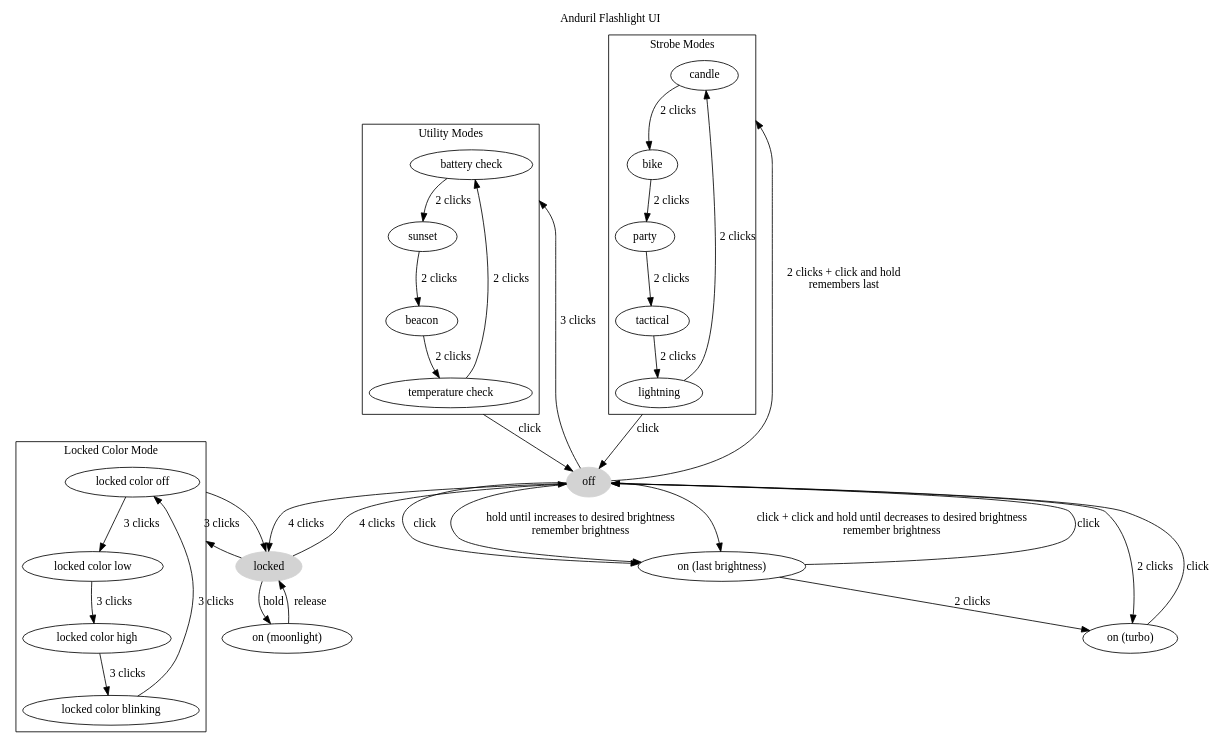
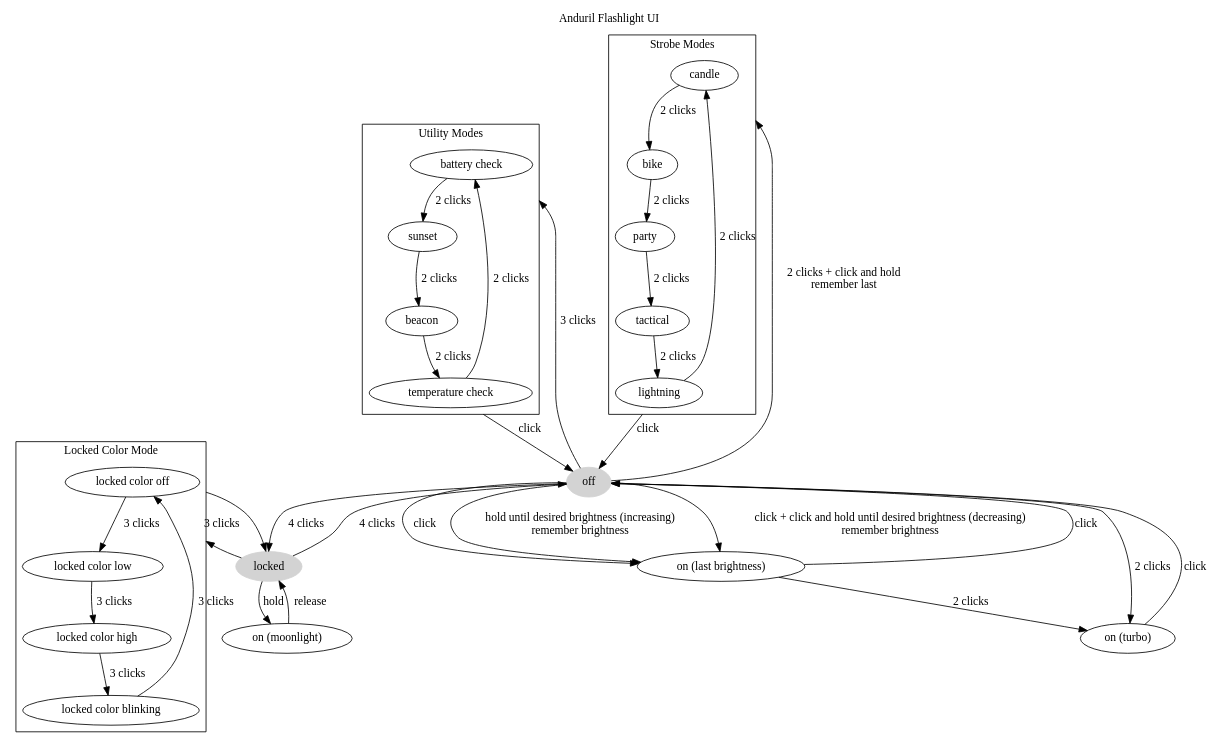
Before and after one commit to mmb/anduril-ui-diagram: the diagram in ui.dot, drawn with Graphviz. The commit also changed 2 other files, not shown here.

Commit message:
Reword desired brightness and remember

```diff
--- a/ui.dot
+++ b/ui.dot
@@ -1,52 +1,52 @@
 digraph {
   compound=true
 
   off[style="filled",color="lightgrey"]
   off -> "on (last brightness)"[label="click"];
-  off -> "on (last brightness)"[label="hold until increases to desired brightness\nremember brightness"];
+  off -> "on (last brightness)"[label="hold until desired brightness (increasing)\nremember brightness"];
   off -> "on (turbo)"[label="2 clicks"];
-  off -> "on (last brightness)"[label="click + click and hold until decreases to desired brightness\nremember brightness"];
+  off -> "on (last brightness)"[label="click + click and hold until desired brightness (decreasing)\nremember brightness"];
   off -> locked[label="4 clicks"];
 
   label="Utility Modes"
   off -> "battery check"[label="3 clicks",lhead="cluster_utility"];
   "temperature check" -> off[label="click",ltail="cluster_utility"]
   subgraph cluster_utility {
     "battery check" -> "sunset"[label="2 clicks"]
     sunset -> beacon[label="2 clicks"]
     beacon -> "temperature check"[label="2 clicks"]
     "temperature check" -> "battery check"[label="2 clicks"]
   }
 
   label="Strobe Modes"
-  off -> candle[label="2 clicks + click and hold\nremembers last",lhead="cluster_strobe"];
+  off -> candle[label="2 clicks + click and hold\nremember last",lhead="cluster_strobe"];
   lightning -> off[label="click",ltail="cluster_strobe"];
   subgraph cluster_strobe {
     candle -> bike[label="2 clicks"]
     bike -> party[label="2 clicks"]
     party -> tactical[label="2 clicks"]
     tactical -> lightning[label="2 clicks"]
     lightning -> "candle"[label="2 clicks"]
   }
 
   locked[style="filled",color="lightgrey"]
   locked -> off[label="4 clicks"];
   locked -> "on (moonlight)"[label="hold"];
   locked -> "locked color off"[label="3 clicks",lhead="cluster_locked_color_mode"];
   "locked color off" -> locked[ltail="cluster_locked_color_mode"];
   label="Locked Color Mode"
   subgraph cluster_locked_color_mode {
     "locked color off" -> "locked color low"[label="3 clicks"]
     "locked color low" -> "locked color high"[label="3 clicks"]
     "locked color high" -> "locked color blinking"[label="3 clicks"]
     "locked color blinking" -> "locked color off"[label="3 clicks"]
   }
 
   "on (moonlight)" -> "locked"[label="release"];
   "on (last brightness)" -> off[label="click"];
   "on (last brightness)" -> "on (turbo)"[label="2 clicks"];
   "on (turbo)" -> off[label="click"];
 
   label="Anduril Flashlight UI"
   labelloc=t
 }
```
